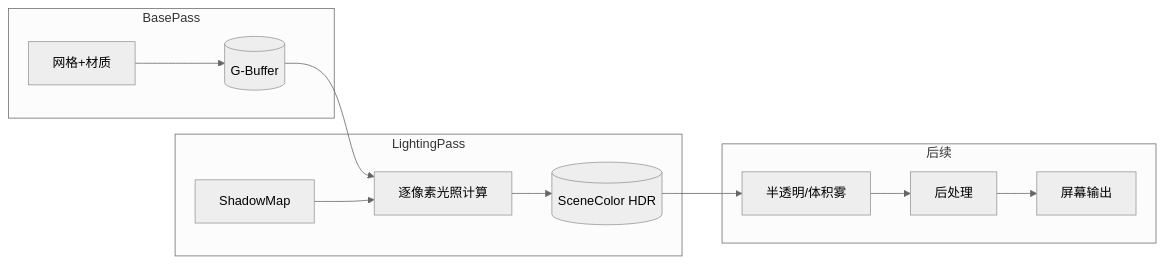
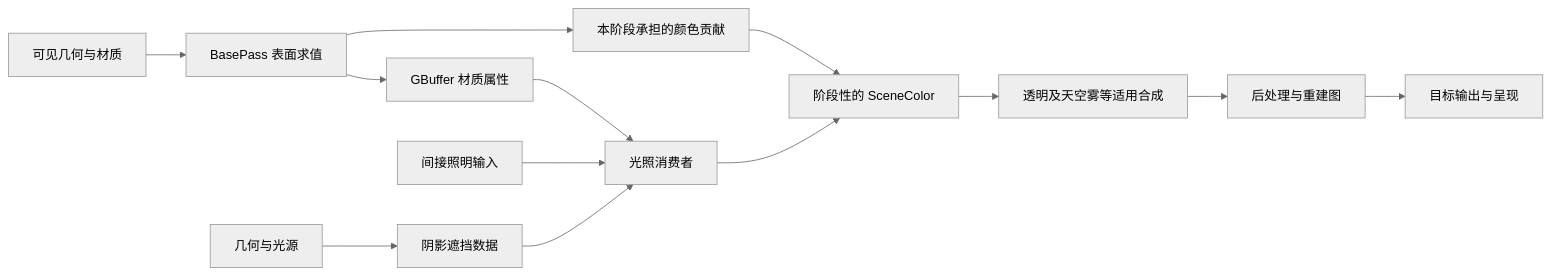
Before and after one commit to fantuan812/learning: the third of 4 diagrams in 知识/04-图形动画与物理仿真/渲染管线与光照/01-渲染管线概览.md, drawn with Mermaid (neutral theme). The commit also changed other lines of this file and 1 other file, not shown here.

````diff
--- a/知识/04-图形动画与物理仿真/渲染管线与光照/01-渲染管线概览.md
+++ b/知识/04-图形动画与物理仿真/渲染管线与光照/01-渲染管线概览.md
@@ -121,16 +234,15 @@
 ```mermaid
 flowchart LR
-    subgraph BasePass
-        M[网格+材质] --> GB[(G-Buffer)]
-    end
-    subgraph LightingPass
-        GB --> L[逐像素光照计算]
-        S[ShadowMap] --> L
-        L --> SC[(SceneColor HDR)]
-    end
-    subgraph 后续
-        SC --> TR[半透明/体积雾]
-        TR --> PP[后处理]
-        PP --> OUT[屏幕输出]
-    end
+    M["可见几何与材质"] --> B["BasePass 表面求值"]
+    B --> GB["GBuffer 材质属性"]
+    B --> BC["本阶段承担的颜色贡献"]
+    G["几何与光源"] --> S["阴影遮挡数据"]
+    GB --> L["光照消费者"]
+    S --> L
+    I["间接照明输入"] --> L
+    L --> SC["阶段性的 SceneColor"]
+    BC --> SC
+    SC --> T["透明及天空雾等适用合成"]
+    T --> PP["后处理与重建图"]
+    PP --> O["目标输出与呈现"]
 ```
````
